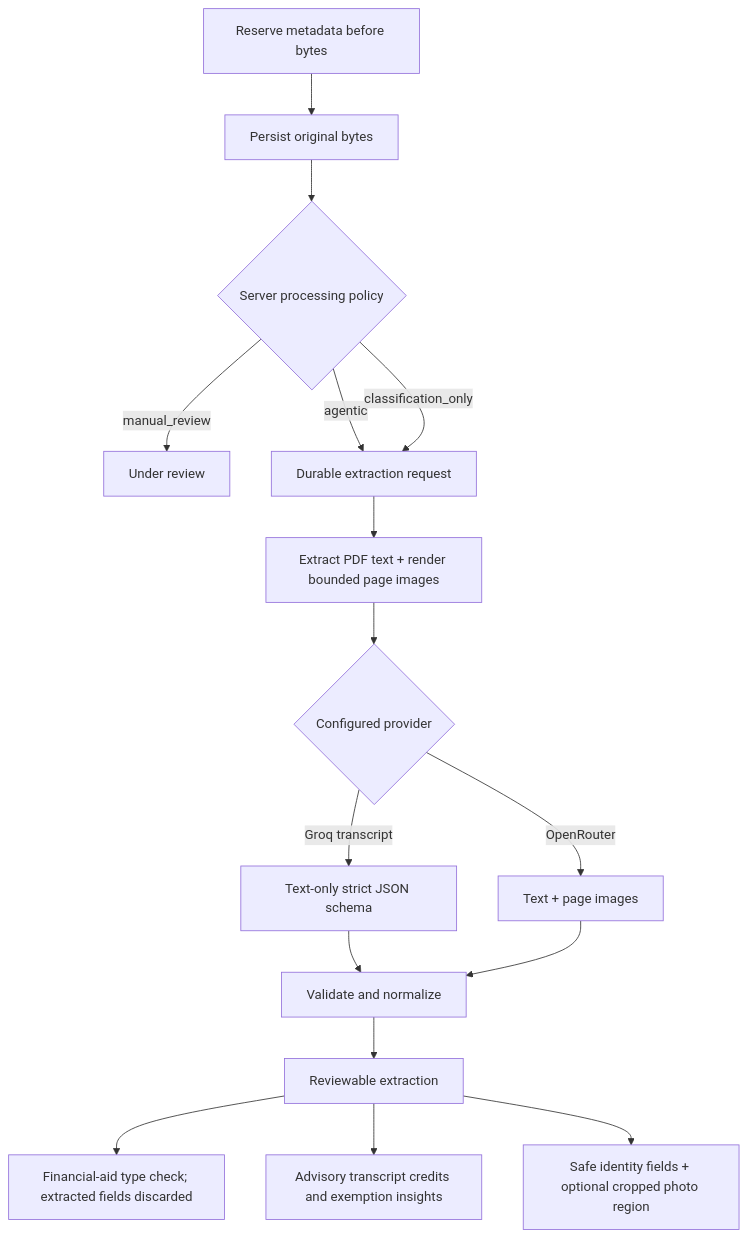
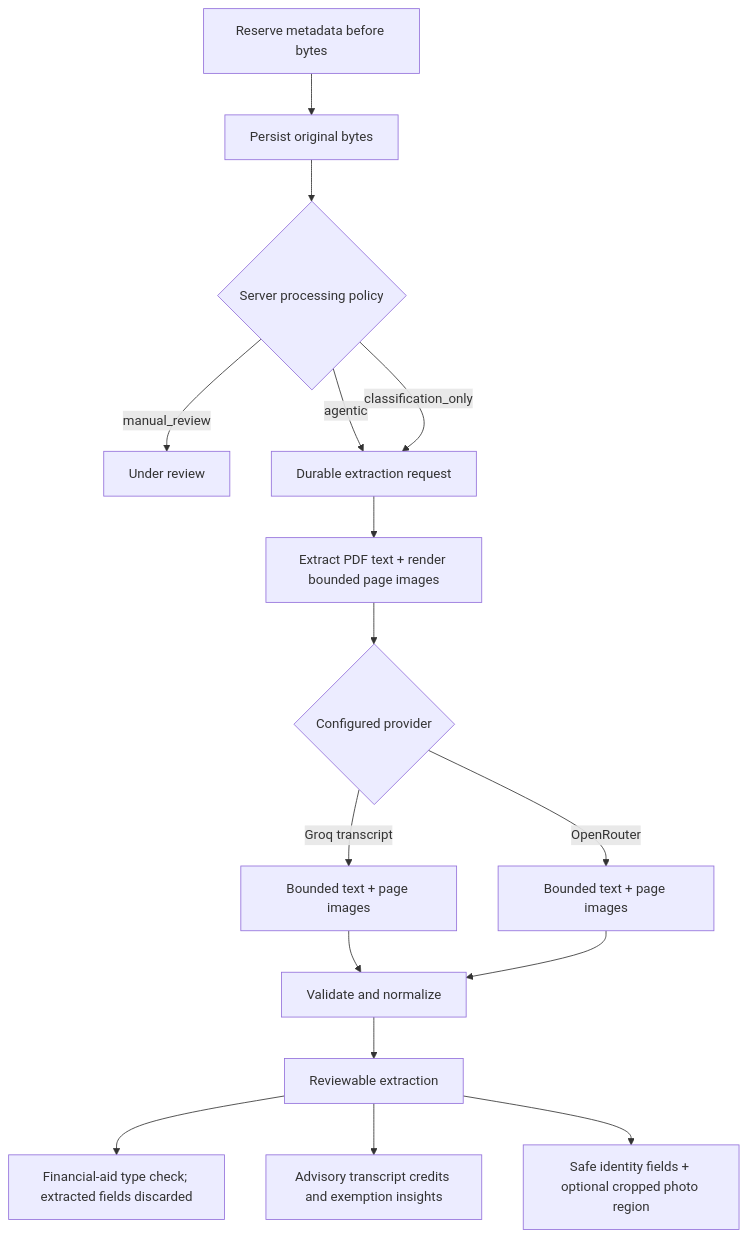
Before and after one commit to dhairya2801/audentra-platform-demo: the third of 3 diagrams in docs/14-current-implementation-map.md, drawn with Mermaid. The commit also changed other lines of this file and 270 other files, not shown here.

````diff
--- a/docs/14-current-implementation-map.md
+++ b/docs/14-current-implementation-map.md
@@ -156,18 +174,18 @@
 ```mermaid
 flowchart TD
   Reserve["Reserve metadata before bytes"] --> Store["Persist original bytes"]
   Store --> Policy{"Server processing policy"}
   Policy -->|manual_review| Staff["Under review"]
   Policy -->|agentic| Queue["Durable extraction request"]
   Policy -->|classification_only| Queue
   Queue --> Preprocess["Extract PDF text + render bounded page images"]
   Preprocess --> Provider{"Configured provider"}
-  Provider -->|Groq transcript| Text["Text-only strict JSON schema"]
-  Provider -->|OpenRouter| Multi["Text + page images"]
-  Text --> Normalize["Validate and normalize"]
+  Provider -->|Groq transcript| Groq["Bounded text + page images"]
+  Provider -->|OpenRouter| Multi["Bounded text + page images"]
+  Groq --> Normalize["Validate and normalize"]
   Multi --> Normalize
   Normalize --> Result["Reviewable extraction"]
   Result --> Financial["Financial-aid type check; extracted fields discarded"]
   Result --> Transcript["Advisory transcript credits and exemption insights"]
   Result --> Identity["Safe identity fields + optional cropped photo region"]
 ```
````
